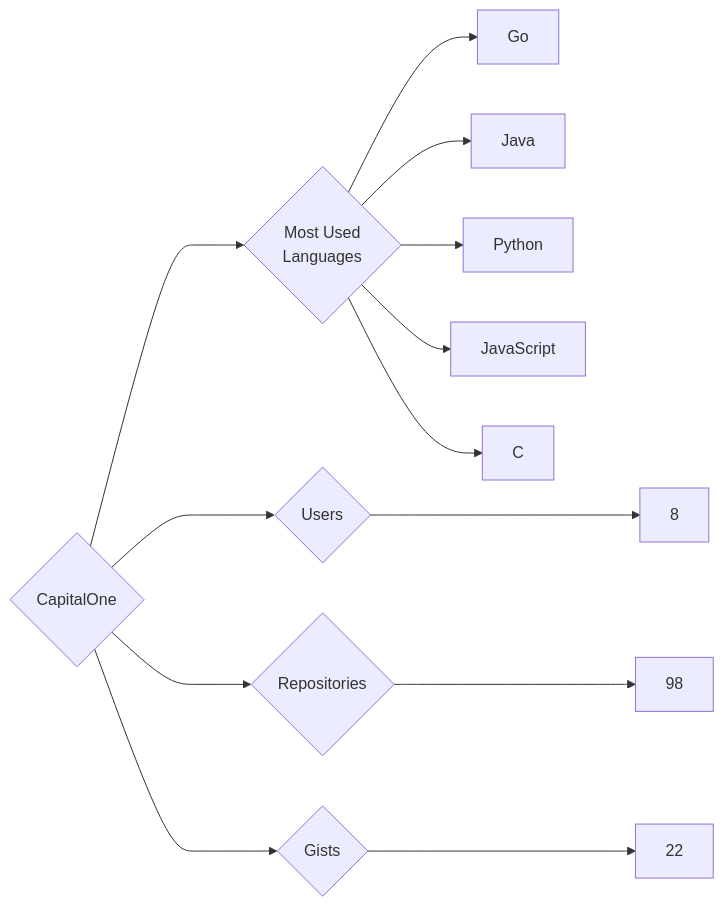
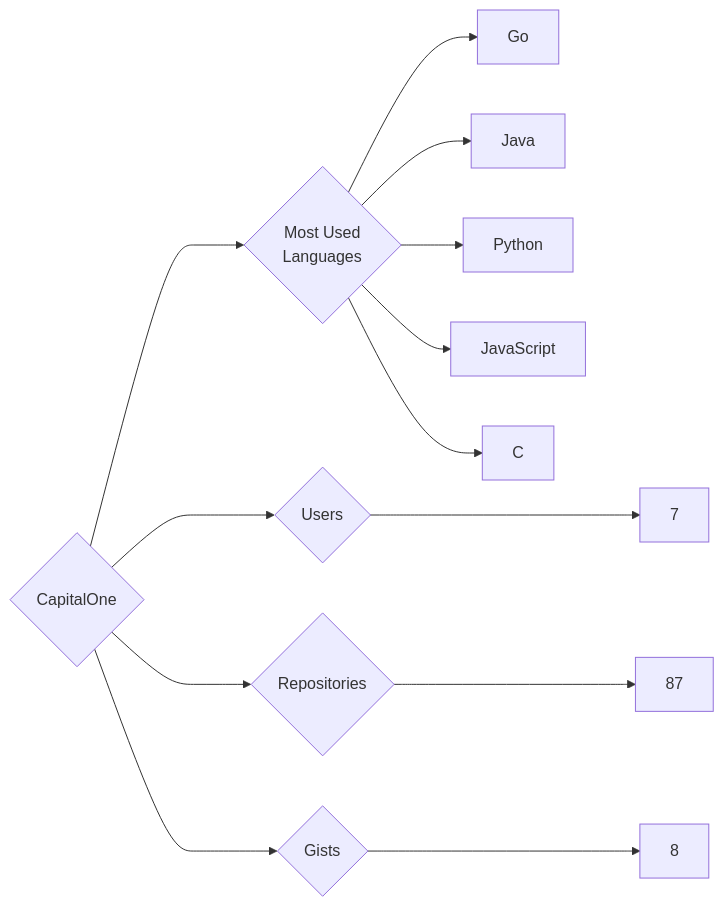
One commit to trickest/insiders changed the diagram in targets/CapitalOne/README.md. Above: the diagram before and after it, drawn with Mermaid. The commit also changed 984 other files, not shown here.

````diff
--- a/targets/CapitalOne/README.md
+++ b/targets/CapitalOne/README.md
@@ -3,13 +3,13 @@
 ```mermaid
 graph LR
 COMPANY_NAME{CapitalOne}
-COMPANY_NAME ---> U{Users} ---> UN[8]
-COMPANY_NAME ---> R{Repositories} ---> RN[98]
-COMPANY_NAME ---> G{Gists} ---> GN[22]
+COMPANY_NAME ---> U{Users} ---> UN[7]
+COMPANY_NAME ---> R{Repositories} ---> RN[87]
+COMPANY_NAME ---> G{Gists} ---> GN[8]
 COMPANY_NAME ---> ML{Most Used<br>Languages}
 ML --> Go[Go]
 ML --> Java[Java]
 ML --> Python[Python]
 ML --> JavaScript[JavaScript]
 ML --> C[C]
 ```
````
